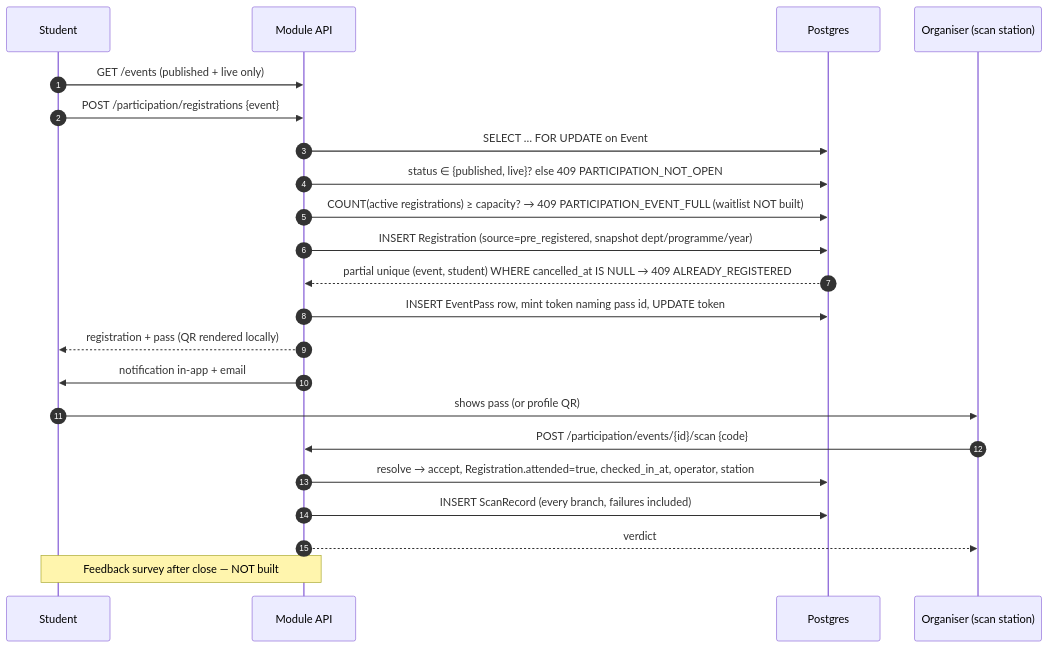
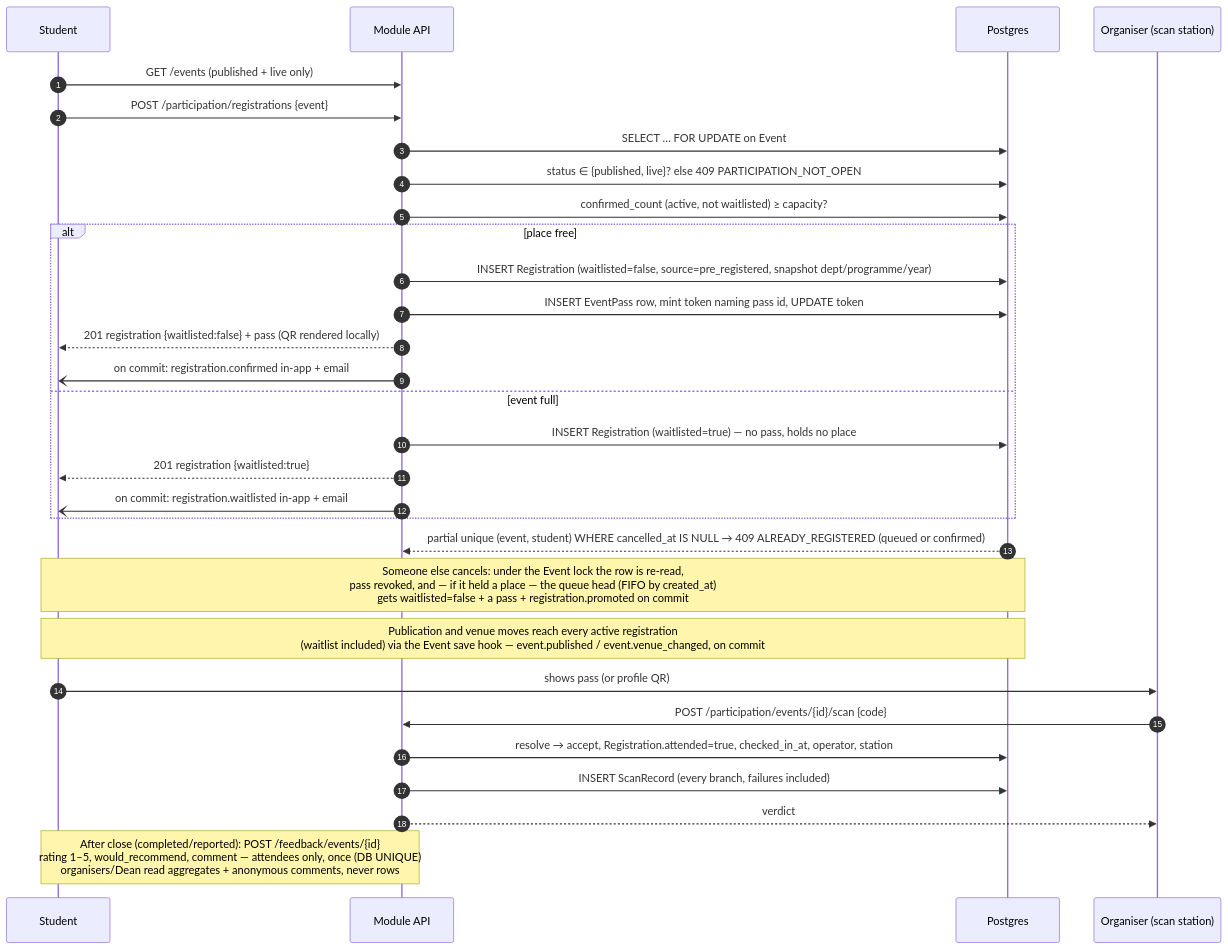
One commit to ChargingTrex/culturals-clubs-events changed the eighth of 15 diagrams in docs/FLOWS.md. Above: the diagram before and after it, drawn with Mermaid. The commit also changed other lines of this file and 2 other files, not shown here.

Commit message:
Docs: API data models and flows refreshed to the wave-1 code; E-09 recorded as decided

````diff
--- a/docs/FLOWS.md
+++ b/docs/FLOWS.md
@@ -250,24 +296,32 @@
 ```mermaid
 sequenceDiagram
   autonumber
   participant St as Student
   participant API as Module API
   participant DB as Postgres
   participant Org as Organiser (scan station)
   St->>API: GET /events (published + live only)
   St->>API: POST /participation/registrations {event}
   API->>DB: SELECT … FOR UPDATE on Event
   API->>DB: status ∈ {published, live}? else 409 PARTICIPATION_NOT_OPEN
-  API->>DB: COUNT(active registrations) ≥ capacity? → 409 PARTICIPATION_EVENT_FULL (waitlist NOT built)
-  API->>DB: INSERT Registration (source=pre_registered, snapshot dept/programme/year)
-  DB-->>API: partial unique (event, student) WHERE cancelled_at IS NULL → 409 ALREADY_REGISTERED
-  API->>DB: INSERT EventPass row, mint token naming pass id, UPDATE token
-  API-->>St: registration + pass (QR rendered locally)
-  API->>St: notification in-app + email
+  API->>DB: confirmed_count (active, not waitlisted) ≥ capacity?
+  alt place free
+    API->>DB: INSERT Registration (waitlisted=false, source=pre_registered, snapshot dept/programme/year)
+    API->>DB: INSERT EventPass row, mint token naming pass id, UPDATE token
+    API-->>St: 201 registration {waitlisted:false} + pass (QR rendered locally)
+    API-)St: on commit: registration.confirmed in-app + email
+  else event full
+    API->>DB: INSERT Registration (waitlisted=true) — no pass, holds no place
+    API-->>St: 201 registration {waitlisted:true}
+    API-)St: on commit: registration.waitlisted in-app + email
+  end
+  DB-->>API: partial unique (event, student) WHERE cancelled_at IS NULL → 409 ALREADY_REGISTERED (queued or confirmed)
+  Note over St,DB: Someone else cancels: under the Event lock the row is re-read,<br/>pass revoked, and — if it held a place — the queue head (FIFO by created_at)<br/>gets waitlisted=false + a pass + registration.promoted on commit
+  Note over St,DB: Publication and venue moves reach every active registration<br/>(waitlist included) via the Event save hook — event.published / event.venue_changed, on commit
   St->>Org: shows pass (or profile QR)
   Org->>API: POST /participation/events/{id}/scan {code}
   API->>DB: resolve → accept, Registration.attended=true, checked_in_at, operator, station
   API->>DB: INSERT ScanRecord (every branch, failures included)
   API-->>Org: verdict
-  Note over St,API: Feedback survey after close — NOT built
+  Note over St,API: After close (completed/reported): POST /feedback/events/{id}<br/>rating 1–5, would_recommend, comment — attendees only, once (DB UNIQUE)<br/>organisers/Dean read aggregates + anonymous comments, never rows
 ```
````
